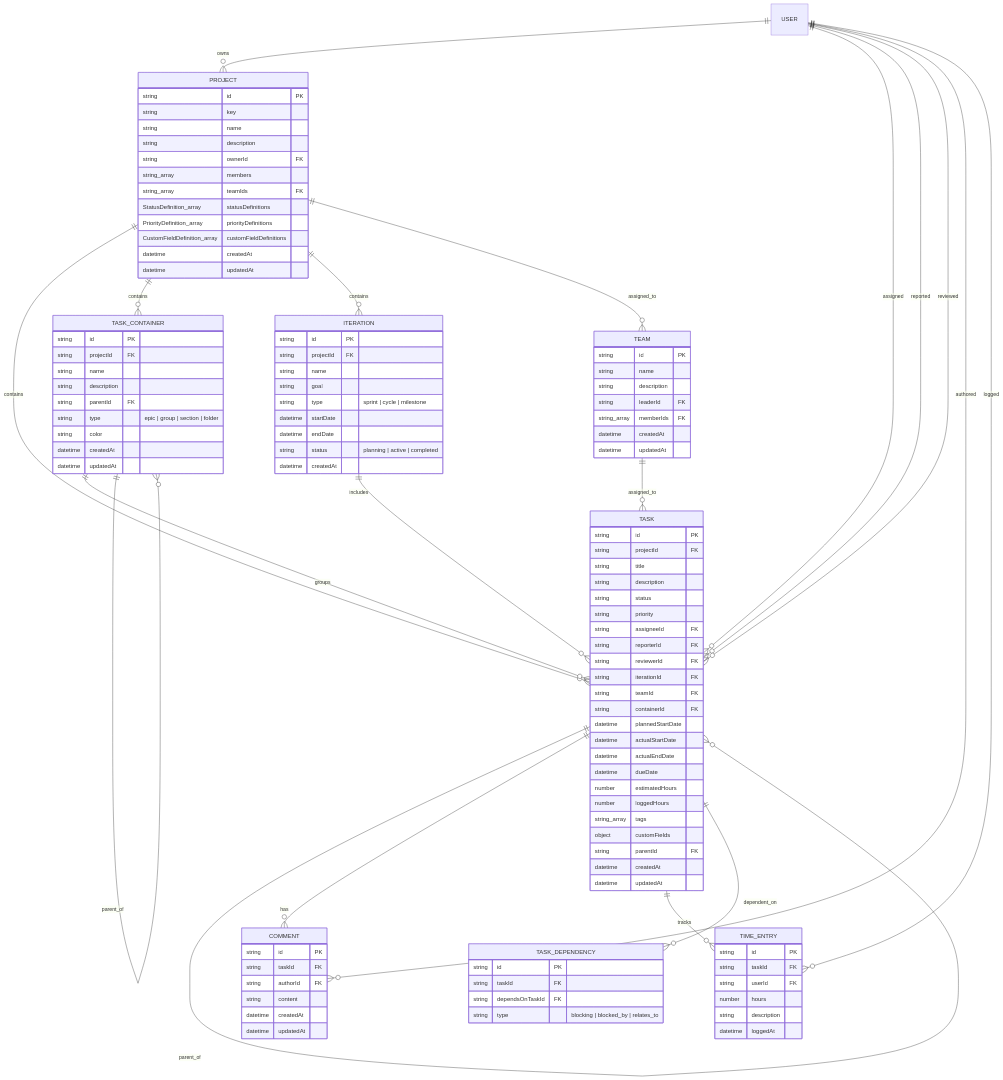
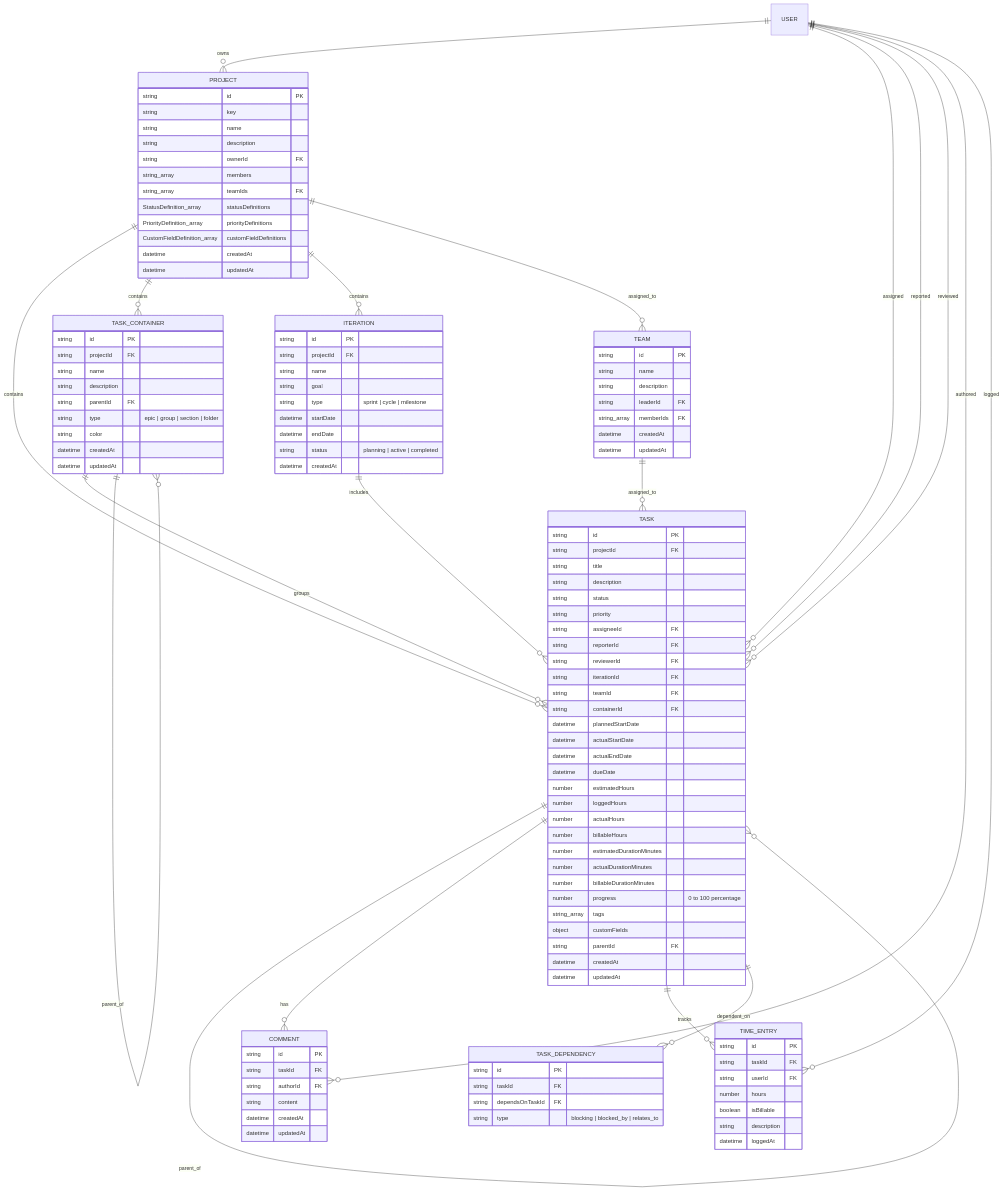
The diagram in docs/DATA_MODEL.md (Pixerate/critical-path), drawn with Mermaid before and after one commit. The commit also changed other lines of this file and 4 other files, not shown here.

Commit message:
feat: add duration tracking and progress property to Task

```diff
--- a/docs/DATA_MODEL.md
+++ b/docs/DATA_MODEL.md
@@ -98,6 +98,12 @@
         datetime dueDate
         number estimatedHours
         number loggedHours
+        number actualHours
+        number billableHours
+        number estimatedDurationMinutes
+        number actualDurationMinutes
+        number billableDurationMinutes
+        number progress "0 to 100 percentage"
         string_array tags
         object customFields
         string parentId FK
@@ -126,6 +132,7 @@
         string taskId FK
         string userId FK
         number hours
+        boolean isBillable
         string description
         datetime loggedAt
     }
```
